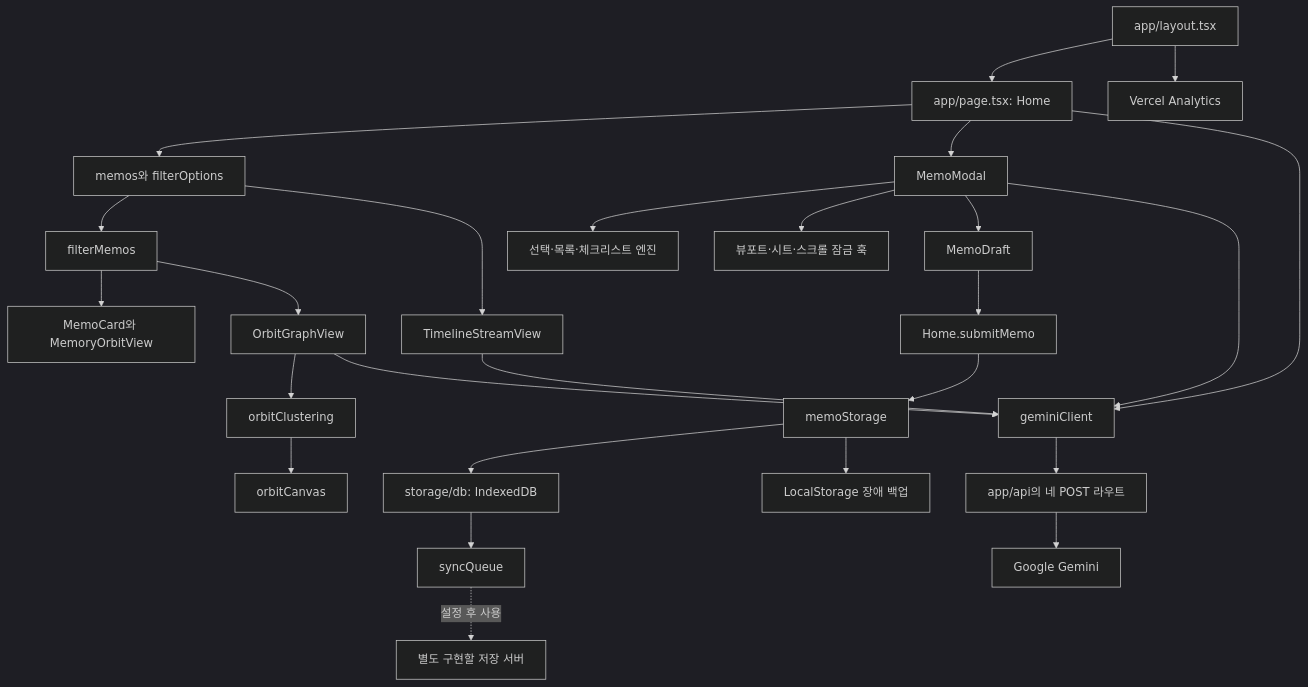
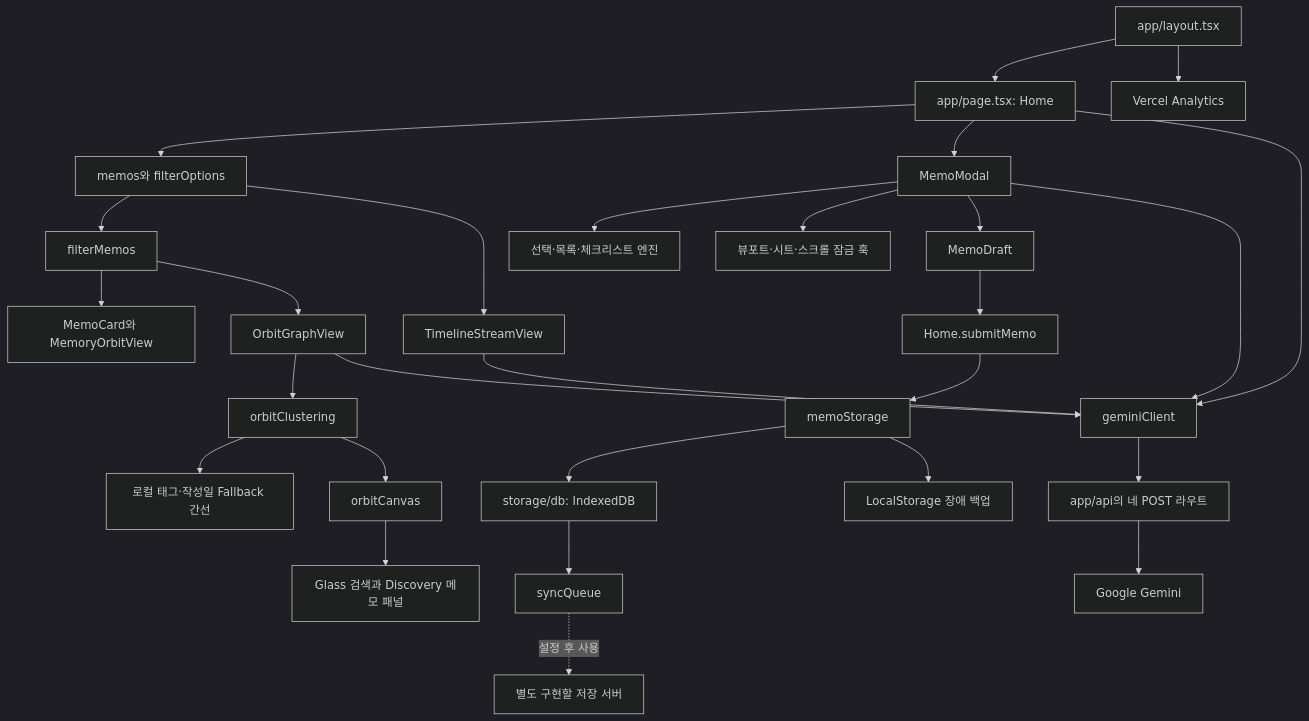
The first of 2 diagrams in FULL_CODEBASE_LEARNING_GUIDE.md (jujubeball/260828-memoorbit), drawn with Mermaid (dark theme) before and after one commit. The commit also changed other lines of this file and 6 other files, not shown here.

````diff
--- a/FULL_CODEBASE_LEARNING_GUIDE.md
+++ b/FULL_CODEBASE_LEARNING_GUIDE.md
@@ -26,28 +26,30 @@
 ```mermaid
 flowchart TD
   Layout[app/layout.tsx] --> Home[app/page.tsx: Home]
   Layout --> Analytics[Vercel Analytics]
   Home --> State[memos와 filterOptions]
   Home --> Modal[MemoModal]
   Modal --> Editor[선택·목록·체크리스트 엔진]
   Modal --> Hooks[뷰포트·시트·스크롤 잠금 훅]
   Modal --> Draft[MemoDraft]
   Draft --> Save[Home.submitMemo]
   Save --> Storage[memoStorage]
   Storage --> DB[storage/db: IndexedDB]
   Storage --> Backup[LocalStorage 장애 백업]
   DB --> Queue[syncQueue]
   Queue -. 설정 후 사용 .-> Remote[별도 구현할 저장 서버]
   State --> Filter[filterMemos]
   Filter --> Cards[MemoCard와 MemoryOrbitView]
   Filter --> Orbit[OrbitGraphView]
   Orbit --> Physics[orbitClustering]
+  Physics --> Fallback[로컬 태그·작성일 Fallback 간선]
   Physics --> Canvas[orbitCanvas]
+  Canvas --> Preview[Glass 검색과 Discovery 메모 패널]
   State --> Timeline[TimelineStreamView]
   Modal --> Client[geminiClient]
   Home --> Client
   Orbit --> Client
   Timeline --> Client
   Client --> API[app/api의 네 POST 라우트]
   API --> Gemini[Google Gemini]
 ```
````
